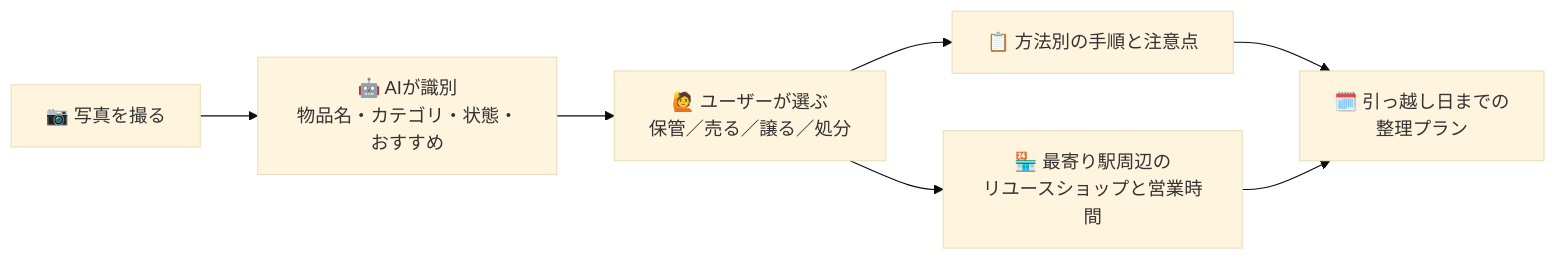
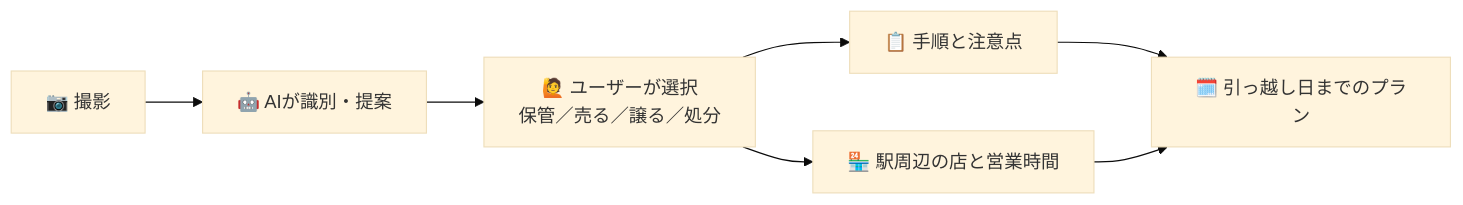
One commit to jphacks/tka_2622 changed the diagram in README.md. Above: the diagram before and after it, drawn with Mermaid (base theme). The commit also changed other lines of this file, not shown here.

````diff
--- a/README.md
+++ b/README.md
@@ -52,9 +27,6 @@
 ```mermaid
 flowchart LR
-    A["📷 写真を撮る"] --> B["🤖 AIが識別<br/>物品名・カテゴリ・状態・おすすめ"]
-    B --> C["🙋 ユーザーが選ぶ<br/>保管／売る／譲る／処分"]
-    C --> D["📋 方法別の手順と注意点"]
-    C --> E["🏪 最寄り駅周辺の<br/>リユースショップと営業時間"]
-    D --> F["🗓️ 引っ越し日までの<br/>整理プラン"]
-    E --> F
+    A["📷 撮影"] --> B["🤖 AIが識別・提案"] --> C["🙋 ユーザーが選択<br/>保管／売る／譲る／処分"]
+    C --> D["📋 手順と注意点"] --> F["🗓️ 引っ越し日までのプラン"]
+    C --> E["🏪 駅周辺の店と営業時間"] --> F
 ```
````
